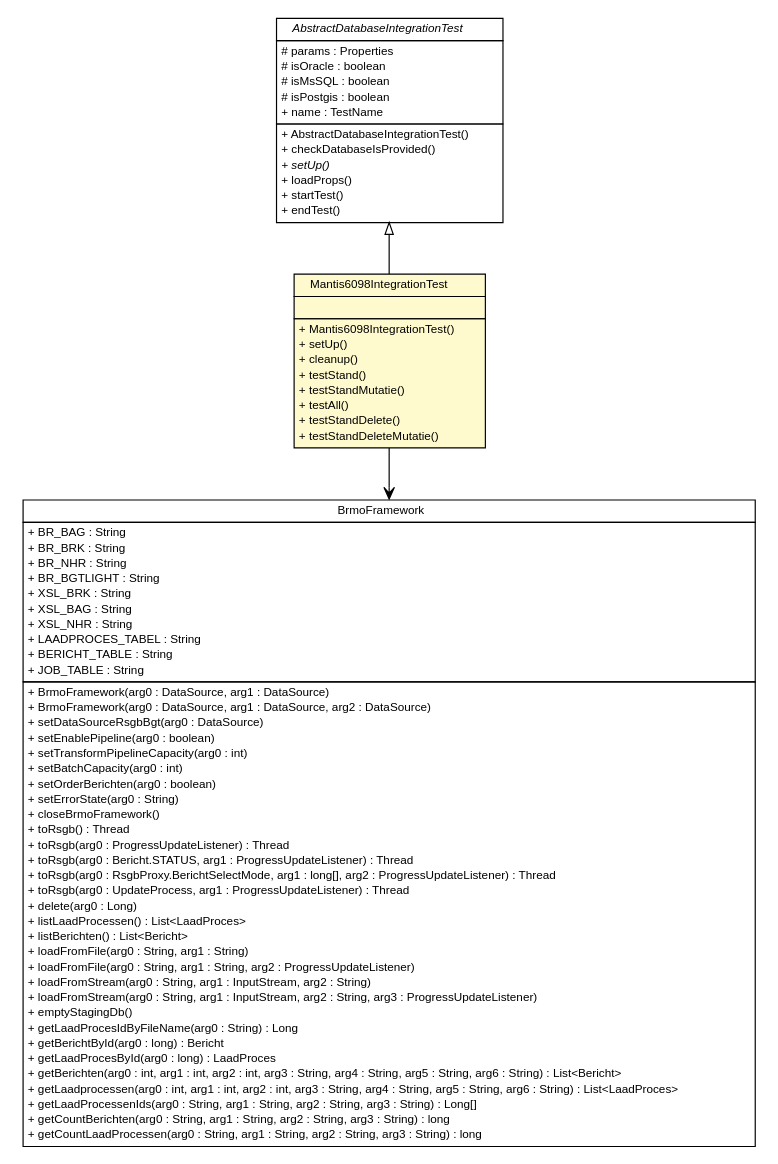
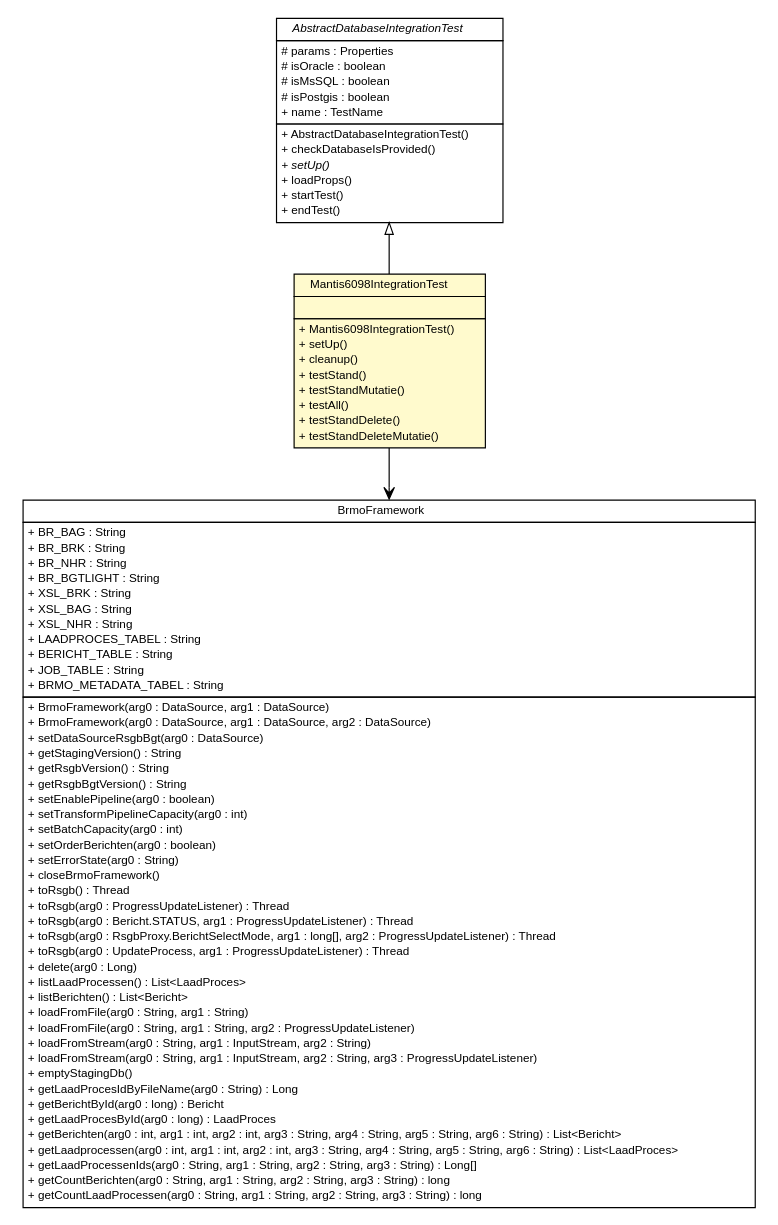
The diagram in brmo-loader/testapidocs/nl/b3p/Mantis6098IntegrationTest.dot (B3Partners/brmo), drawn with Graphviz before and after one commit. The commit also changed 272 other files, not shown here.

```diff
--- a/brmo-loader/testapidocs/nl/b3p/Mantis6098IntegrationTest.dot
+++ b/brmo-loader/testapidocs/nl/b3p/Mantis6098IntegrationTest.dot
@@ -1,106 +1,110 @@
 #!/usr/local/bin/dot
 #
 # Class diagram 
 # Generated by UMLGraph version R5_6-24-gf6e263 (http://www.umlgraph.org/)
 #
 
 digraph G {
 	edge [fontname="Helvetica",fontsize=10,labelfontname="Helvetica",labelfontsize=10];
 	node [fontname="Helvetica",fontsize=10,shape=plaintext];
 	nodesep=0.25;
 	ranksep=0.5;
 	// nl.b3p.AbstractDatabaseIntegrationTest
-	c225 [label=<<table title="nl.b3p.AbstractDatabaseIntegrationTest" border="0" cellborder="1" cellspacing="0" cellpadding="2" port="p" href="./AbstractDatabaseIntegrationTest.html">
+	c272 [label=<<table title="nl.b3p.AbstractDatabaseIntegrationTest" border="0" cellborder="1" cellspacing="0" cellpadding="2" port="p" href="./AbstractDatabaseIntegrationTest.html">
 		<tr><td><table border="0" cellspacing="0" cellpadding="1">
 <tr><td align="center" balign="center"><font face="Helvetica-Oblique"> AbstractDatabaseIntegrationTest </font></td></tr>
 		</table></td></tr>
 		<tr><td><table border="0" cellspacing="0" cellpadding="1">
 <tr><td align="left" balign="left"> # params : Properties </td></tr>
 <tr><td align="left" balign="left"> # isOracle : boolean </td></tr>
 <tr><td align="left" balign="left"> # isMsSQL : boolean </td></tr>
 <tr><td align="left" balign="left"> # isPostgis : boolean </td></tr>
 <tr><td align="left" balign="left"> + name : TestName </td></tr>
 		</table></td></tr>
 		<tr><td><table border="0" cellspacing="0" cellpadding="1">
 <tr><td align="left" balign="left"> + AbstractDatabaseIntegrationTest() </td></tr>
 <tr><td align="left" balign="left"> + checkDatabaseIsProvided() </td></tr>
 <tr><td align="left" balign="left"><font face="Helvetica-Oblique" point-size="10.0"> + setUp() </font></td></tr>
 <tr><td align="left" balign="left"> + loadProps() </td></tr>
 <tr><td align="left" balign="left"> + startTest() </td></tr>
 <tr><td align="left" balign="left"> + endTest() </td></tr>
 		</table></td></tr>
 		</table>>, URL="./AbstractDatabaseIntegrationTest.html", fontname="Helvetica", fontcolor="black", fontsize=10.0];
 	// nl.b3p.Mantis6098IntegrationTest
-	c228 [label=<<table title="nl.b3p.Mantis6098IntegrationTest" border="0" cellborder="1" cellspacing="0" cellpadding="2" port="p" bgcolor="lemonChiffon" href="./Mantis6098IntegrationTest.html">
+	c275 [label=<<table title="nl.b3p.Mantis6098IntegrationTest" border="0" cellborder="1" cellspacing="0" cellpadding="2" port="p" bgcolor="lemonChiffon" href="./Mantis6098IntegrationTest.html">
 		<tr><td><table border="0" cellspacing="0" cellpadding="1">
 <tr><td align="center" balign="center"> Mantis6098IntegrationTest </td></tr>
 		</table></td></tr>
 		<tr><td><table border="0" cellspacing="0" cellpadding="1">
 <tr><td align="left" balign="left">  </td></tr>
 		</table></td></tr>
 		<tr><td><table border="0" cellspacing="0" cellpadding="1">
 <tr><td align="left" balign="left"> + Mantis6098IntegrationTest() </td></tr>
 <tr><td align="left" balign="left"> + setUp() </td></tr>
 <tr><td align="left" balign="left"> + cleanup() </td></tr>
 <tr><td align="left" balign="left"> + testStand() </td></tr>
 <tr><td align="left" balign="left"> + testStandMutatie() </td></tr>
 <tr><td align="left" balign="left"> + testAll() </td></tr>
 <tr><td align="left" balign="left"> + testStandDelete() </td></tr>
 <tr><td align="left" balign="left"> + testStandDeleteMutatie() </td></tr>
 		</table></td></tr>
 		</table>>, URL="./Mantis6098IntegrationTest.html", fontname="Helvetica", fontcolor="black", fontsize=10.0];
 	//nl.b3p.Mantis6098IntegrationTest extends nl.b3p.AbstractDatabaseIntegrationTest
-	c225:p -> c228:p [dir=back,arrowtail=empty];
+	c272:p -> c275:p [dir=back,arrowtail=empty];
 	// nl.b3p.Mantis6098IntegrationTest NAVASSOC nl.b3p.brmo.loader.BrmoFramework
-	c228:p -> c237:p [taillabel="", label="", headlabel="", fontname="Helvetica", fontcolor="black", fontsize=10.0, color="black", arrowhead=open];
+	c275:p -> c285:p [taillabel="", label="", headlabel="", fontname="Helvetica", fontcolor="black", fontsize=10.0, color="black", arrowhead=open];
 	// nl.b3p.brmo.loader.BrmoFramework
-	c237 [label=<<table title="nl.b3p.brmo.loader.BrmoFramework" border="0" cellborder="1" cellspacing="0" cellpadding="2" port="p">
+	c285 [label=<<table title="nl.b3p.brmo.loader.BrmoFramework" border="0" cellborder="1" cellspacing="0" cellpadding="2" port="p">
 		<tr><td><table border="0" cellspacing="0" cellpadding="1">
 <tr><td align="center" balign="center"> BrmoFramework </td></tr>
 		</table></td></tr>
 		<tr><td><table border="0" cellspacing="0" cellpadding="1">
 <tr><td align="left" balign="left"> + BR_BAG : String </td></tr>
 <tr><td align="left" balign="left"> + BR_BRK : String </td></tr>
 <tr><td align="left" balign="left"> + BR_NHR : String </td></tr>
 <tr><td align="left" balign="left"> + BR_BGTLIGHT : String </td></tr>
 <tr><td align="left" balign="left"> + XSL_BRK : String </td></tr>
 <tr><td align="left" balign="left"> + XSL_BAG : String </td></tr>
 <tr><td align="left" balign="left"> + XSL_NHR : String </td></tr>
 <tr><td align="left" balign="left"> + LAADPROCES_TABEL : String </td></tr>
 <tr><td align="left" balign="left"> + BERICHT_TABLE : String </td></tr>
 <tr><td align="left" balign="left"> + JOB_TABLE : String </td></tr>
+<tr><td align="left" balign="left"> + BRMO_METADATA_TABEL : String </td></tr>
 		</table></td></tr>
 		<tr><td><table border="0" cellspacing="0" cellpadding="1">
 <tr><td align="left" balign="left"> + BrmoFramework(arg0 : DataSource, arg1 : DataSource) </td></tr>
 <tr><td align="left" balign="left"> + BrmoFramework(arg0 : DataSource, arg1 : DataSource, arg2 : DataSource) </td></tr>
 <tr><td align="left" balign="left"> + setDataSourceRsgbBgt(arg0 : DataSource) </td></tr>
+<tr><td align="left" balign="left"> + getStagingVersion() : String </td></tr>
+<tr><td align="left" balign="left"> + getRsgbVersion() : String </td></tr>
+<tr><td align="left" balign="left"> + getRsgbBgtVersion() : String </td></tr>
 <tr><td align="left" balign="left"> + setEnablePipeline(arg0 : boolean) </td></tr>
 <tr><td align="left" balign="left"> + setTransformPipelineCapacity(arg0 : int) </td></tr>
 <tr><td align="left" balign="left"> + setBatchCapacity(arg0 : int) </td></tr>
 <tr><td align="left" balign="left"> + setOrderBerichten(arg0 : boolean) </td></tr>
 <tr><td align="left" balign="left"> + setErrorState(arg0 : String) </td></tr>
 <tr><td align="left" balign="left"> + closeBrmoFramework() </td></tr>
 <tr><td align="left" balign="left"> + toRsgb() : Thread </td></tr>
 <tr><td align="left" balign="left"> + toRsgb(arg0 : ProgressUpdateListener) : Thread </td></tr>
 <tr><td align="left" balign="left"> + toRsgb(arg0 : Bericht.STATUS, arg1 : ProgressUpdateListener) : Thread </td></tr>
 <tr><td align="left" balign="left"> + toRsgb(arg0 : RsgbProxy.BerichtSelectMode, arg1 : long[], arg2 : ProgressUpdateListener) : Thread </td></tr>
 <tr><td align="left" balign="left"> + toRsgb(arg0 : UpdateProcess, arg1 : ProgressUpdateListener) : Thread </td></tr>
 <tr><td align="left" balign="left"> + delete(arg0 : Long) </td></tr>
 <tr><td align="left" balign="left"> + listLaadProcessen() : List&lt;LaadProces&gt; </td></tr>
 <tr><td align="left" balign="left"> + listBerichten() : List&lt;Bericht&gt; </td></tr>
 <tr><td align="left" balign="left"> + loadFromFile(arg0 : String, arg1 : String) </td></tr>
 <tr><td align="left" balign="left"> + loadFromFile(arg0 : String, arg1 : String, arg2 : ProgressUpdateListener) </td></tr>
 <tr><td align="left" balign="left"> + loadFromStream(arg0 : String, arg1 : InputStream, arg2 : String) </td></tr>
 <tr><td align="left" balign="left"> + loadFromStream(arg0 : String, arg1 : InputStream, arg2 : String, arg3 : ProgressUpdateListener) </td></tr>
 <tr><td align="left" balign="left"> + emptyStagingDb() </td></tr>
 <tr><td align="left" balign="left"> + getLaadProcesIdByFileName(arg0 : String) : Long </td></tr>
 <tr><td align="left" balign="left"> + getBerichtById(arg0 : long) : Bericht </td></tr>
 <tr><td align="left" balign="left"> + getLaadProcesById(arg0 : long) : LaadProces </td></tr>
 <tr><td align="left" balign="left"> + getBerichten(arg0 : int, arg1 : int, arg2 : int, arg3 : String, arg4 : String, arg5 : String, arg6 : String) : List&lt;Bericht&gt; </td></tr>
 <tr><td align="left" balign="left"> + getLaadprocessen(arg0 : int, arg1 : int, arg2 : int, arg3 : String, arg4 : String, arg5 : String, arg6 : String) : List&lt;LaadProces&gt; </td></tr>
 <tr><td align="left" balign="left"> + getLaadProcessenIds(arg0 : String, arg1 : String, arg2 : String, arg3 : String) : Long[] </td></tr>
 <tr><td align="left" balign="left"> + getCountBerichten(arg0 : String, arg1 : String, arg2 : String, arg3 : String) : long </td></tr>
 <tr><td align="left" balign="left"> + getCountLaadProcessen(arg0 : String, arg1 : String, arg2 : String, arg3 : String) : long </td></tr>
 		</table></td></tr>
 		</table>>, URL="null", fontname="Helvetica", fontcolor="black", fontsize=10.0];
 }
```
